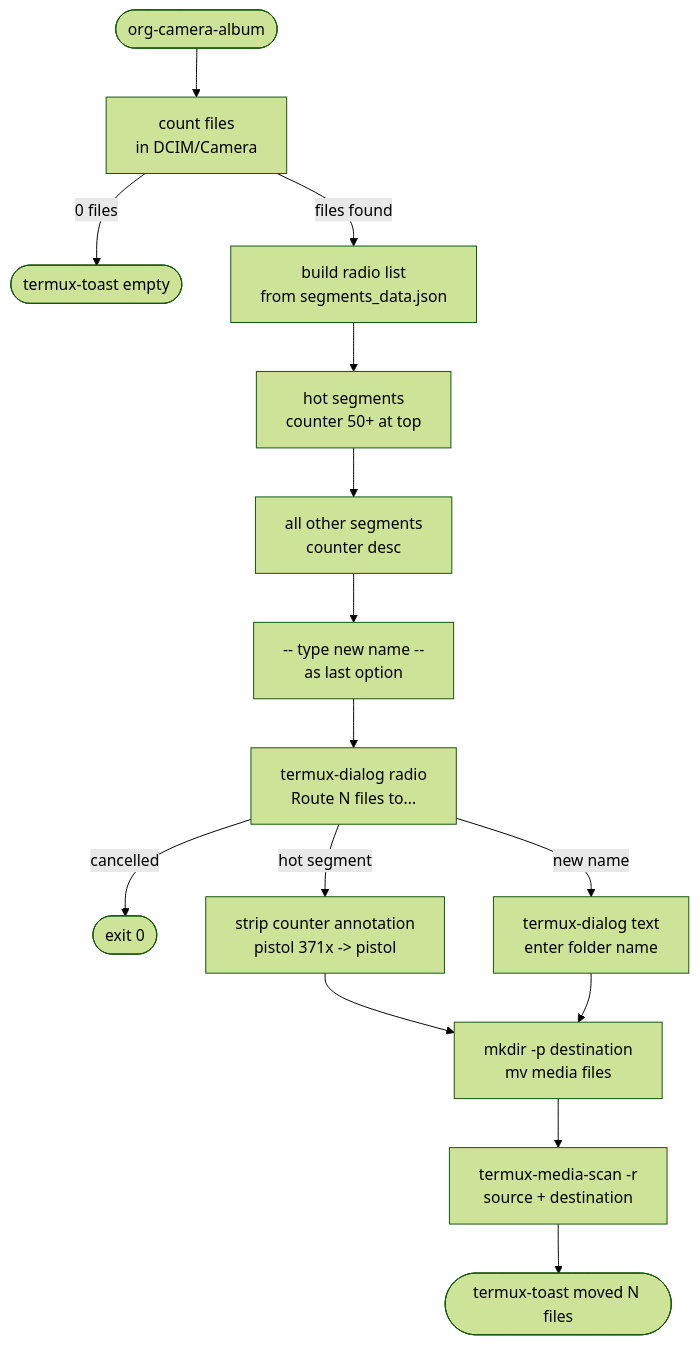
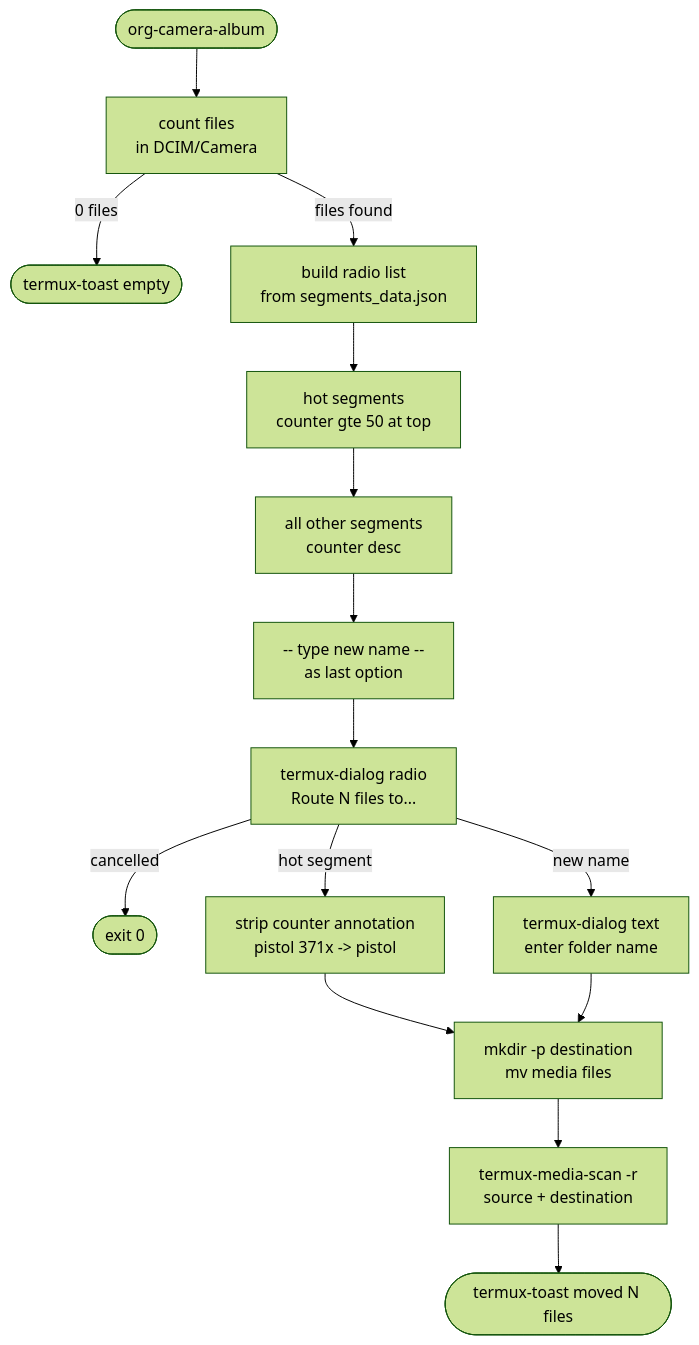
Before and after one commit to SamuelDixxon/termux-backup: the seventh of 8 diagrams in README.md, drawn with Mermaid (forest theme). The commit also changed other lines of this file, not shown here.

````diff
--- a/README.md
+++ b/README.md
@@ -348,26 +348,26 @@
 ```mermaid
 flowchart TD
     LAUNCH3([org-camera-album]) --> COUNT[count files
 in DCIM/Camera]
     COUNT -->|0 files| TOAST([termux-toast empty])
     COUNT -->|files found| BUILDLIST[build radio list
 from segments_data.json]
     BUILDLIST --> HOT2[hot segments
-counter 50+ at top]
+counter gte 50 at top]
     HOT2 --> OTHER[all other segments
 counter desc]
     OTHER --> NEW[-- type new name --
 as last option]
     NEW --> DIALOG[termux-dialog radio
 Route N files to...]
     DIALOG -->|cancelled| EXIT2([exit 0])
     DIALOG -->|hot segment| STRIP[strip counter annotation
 pistol 371x -> pistol]
     DIALOG -->|new name| TEXTINPUT[termux-dialog text
 enter folder name]
     STRIP & TEXTINPUT --> MOVE[mkdir -p destination
 mv media files]
     MOVE --> SCAN[termux-media-scan -r
 source + destination]
     SCAN --> DONE2([termux-toast moved N files])
 ```
````
